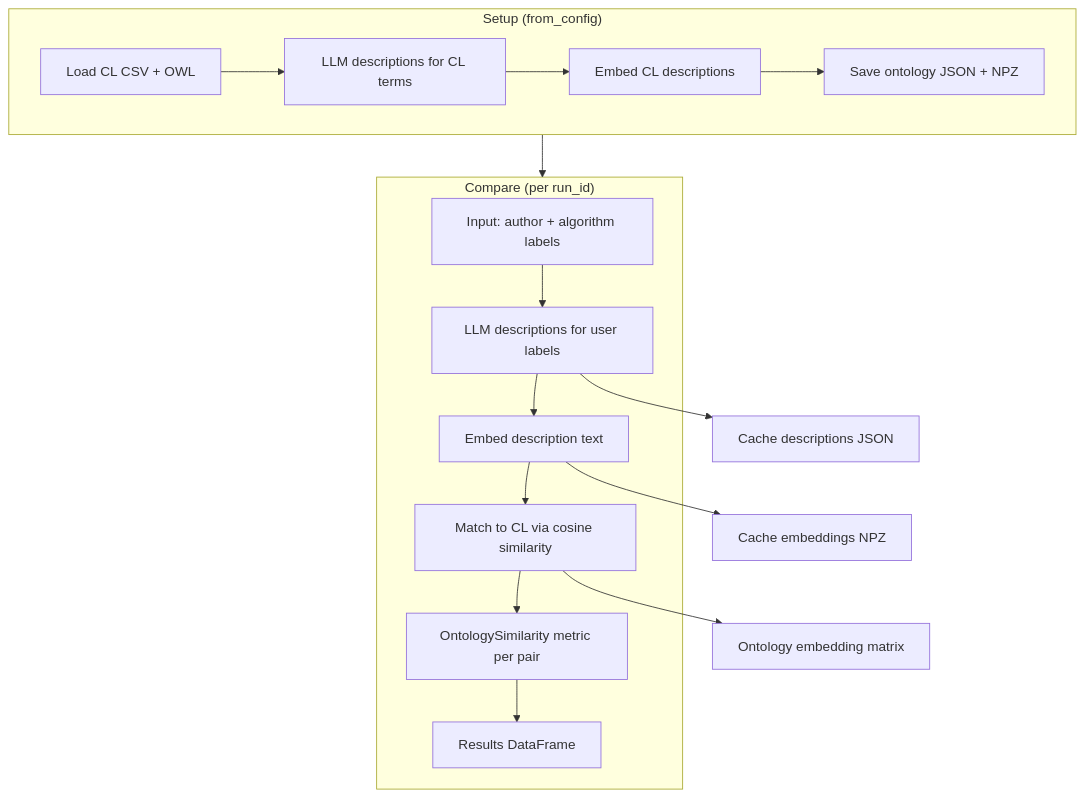
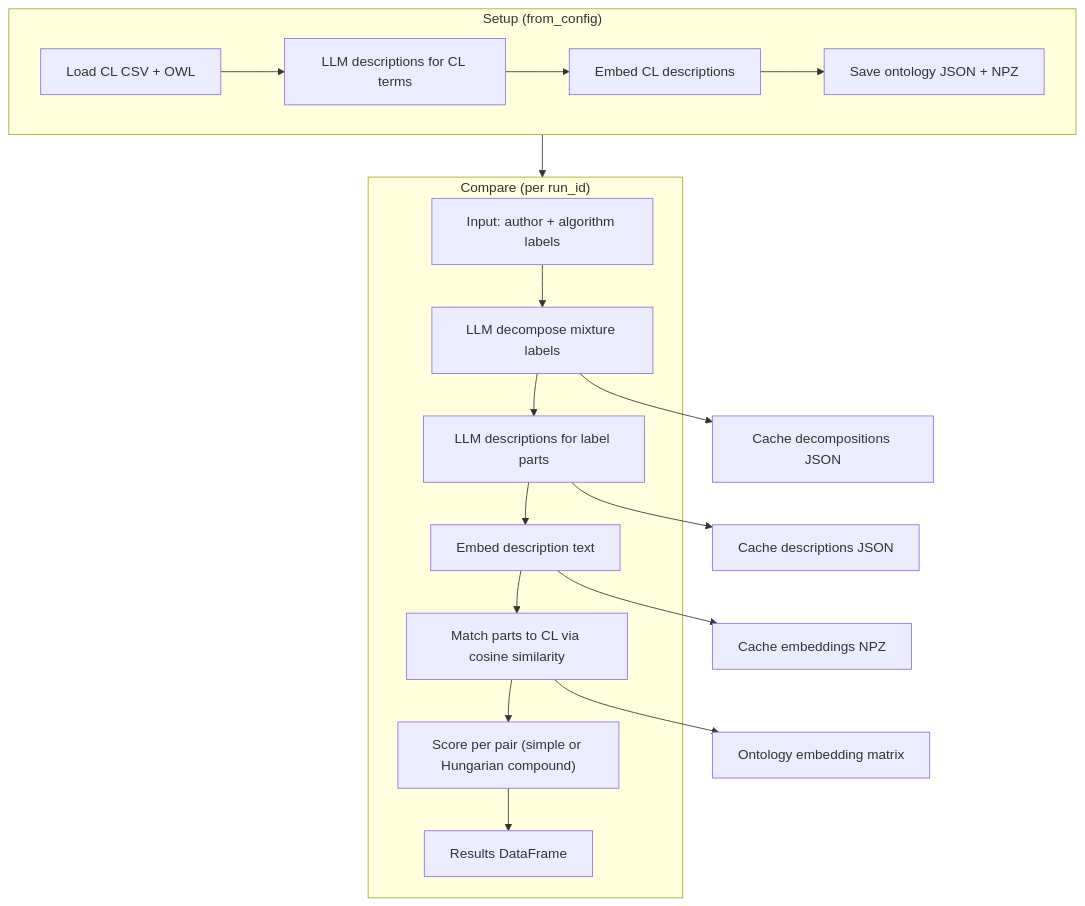
The first of 2 diagrams in docs/WORKFLOW.md (NygenAnalytics/CyteOnto), drawn with Mermaid before and after one commit. The commit also changed other lines of this file and 19 other files, not shown here.

First line of the commit message:
Compound Label (#47)

````diff
--- a/docs/WORKFLOW.md
+++ b/docs/WORKFLOW.md
@@ -74,25 +93,27 @@
 ```mermaid
 flowchart TD
     subgraph setup ["Setup (from_config)"]
         H["Load CL CSV + OWL"]
         I["LLM descriptions for CL terms"]
         J["Embed CL descriptions"]
         K["Save ontology JSON + NPZ"]
         H --> I --> J --> K
     end
 
     subgraph compare ["Compare (per run_id)"]
         A["Input: author + algorithm labels"]
-        B["LLM descriptions for user labels"]
+        D0["LLM decompose mixture labels"]
+        B["LLM descriptions for label parts"]
         C["Embed description text"]
-        D["Match to CL via cosine similarity"]
-        E["OntologySimilarity metric per pair"]
+        D["Match parts to CL via cosine similarity"]
+        E["Score per pair (simple or Hungarian compound)"]
         F["Results DataFrame"]
-        A --> B --> C --> D --> E --> F
+        A --> D0 --> B --> C --> D --> E --> F
     end
 
     setup --> compare
+    D0 --> D0a["Cache decompositions JSON"]
     B --> B1["Cache descriptions JSON"]
     C --> C1["Cache embeddings NPZ"]
     D --> D1["Ontology embedding matrix"]
 ```
````
